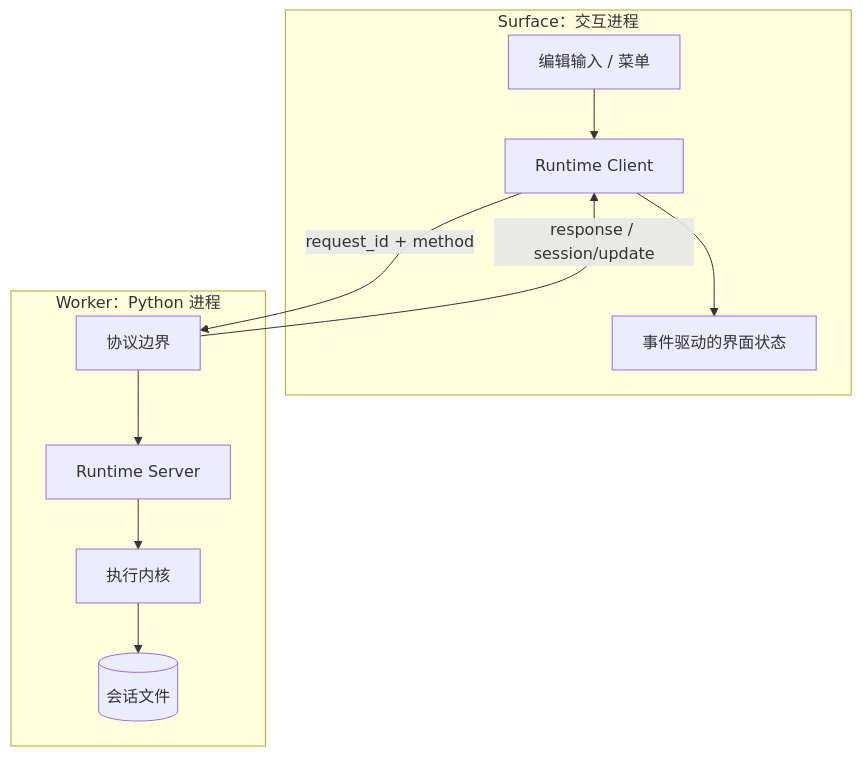
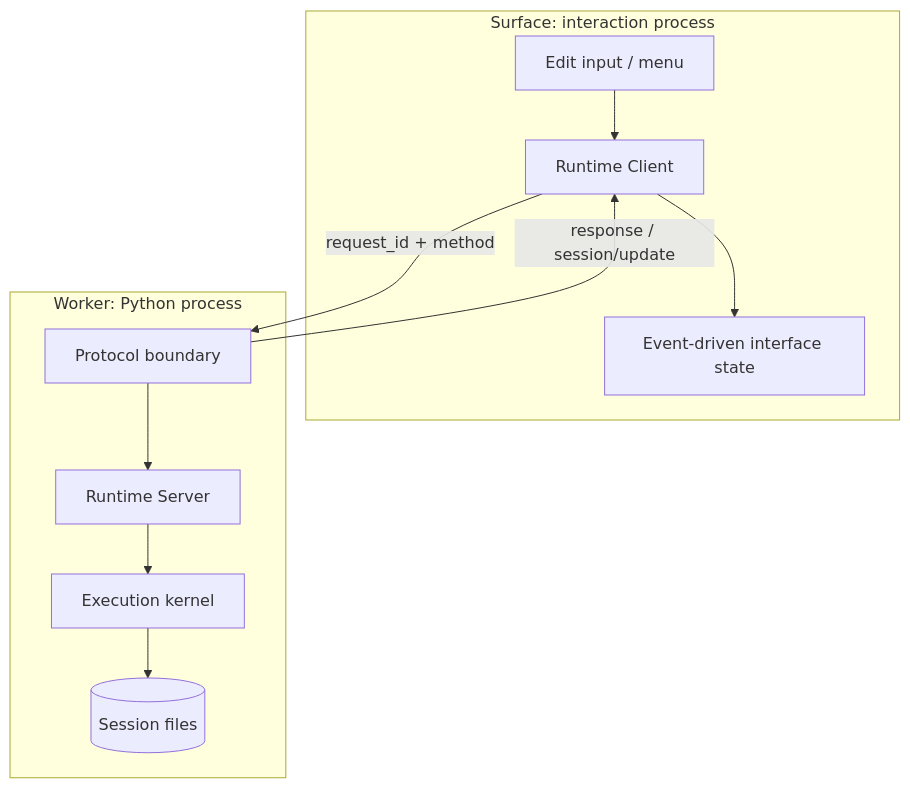
The diagram in docs/internals/00-architecture/surface-worker.md (Azzurroooo/rind), drawn with Mermaid before and after one commit. The commit also changed other lines of this file and 109 other files, not shown here.

```diff
--- a/docs/internals/00-architecture/surface-worker.md
+++ b/docs/internals/00-architecture/surface-worker.md
@@ -5,14 +7,14 @@
 ~~~mermaid
 flowchart TB
-    subgraph Surface["Surface：交互进程"]
-        I["编辑输入 / 菜单"] --> C["Runtime Client"]
-        C --> V["事件驱动的界面状态"]
+    subgraph Surface["Surface: interaction process"]
+        I["Edit input / menu"] --> C["Runtime Client"]
+        C --> V["Event-driven interface state"]
     end
-    C -->|"request_id + method"| B["协议边界"]
+    C -->|"request_id + method"| B["Protocol boundary"]
     B -->|"response / session/update"| C
-    subgraph Worker["Worker：Python 进程"]
+    subgraph Worker["Worker: Python process"]
         B --> S["Runtime Server"]
-        S --> R["执行内核"]
-        R --> F[("会话文件")]
+        S --> R["Execution kernel"]
+        R --> F[("Session files")]
     end
 ~~~
```
